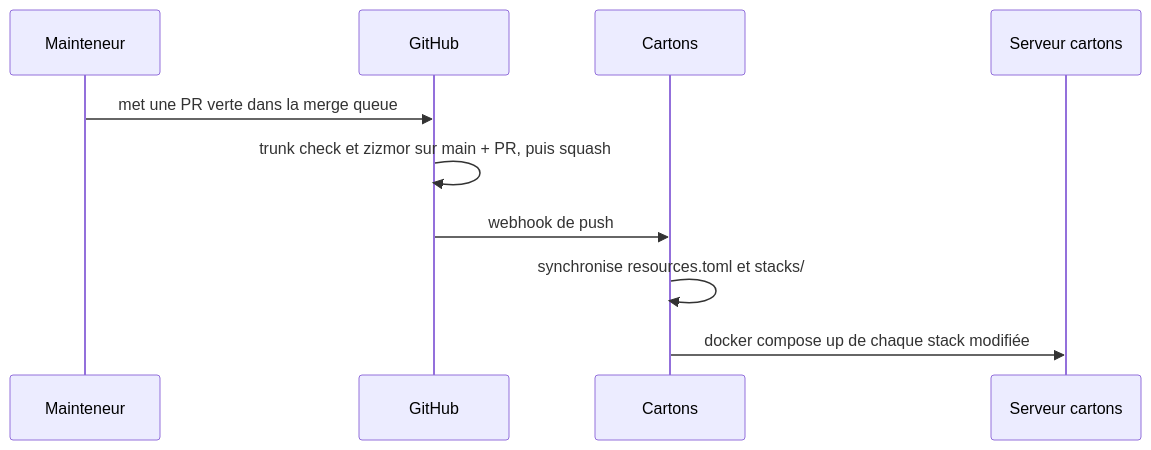
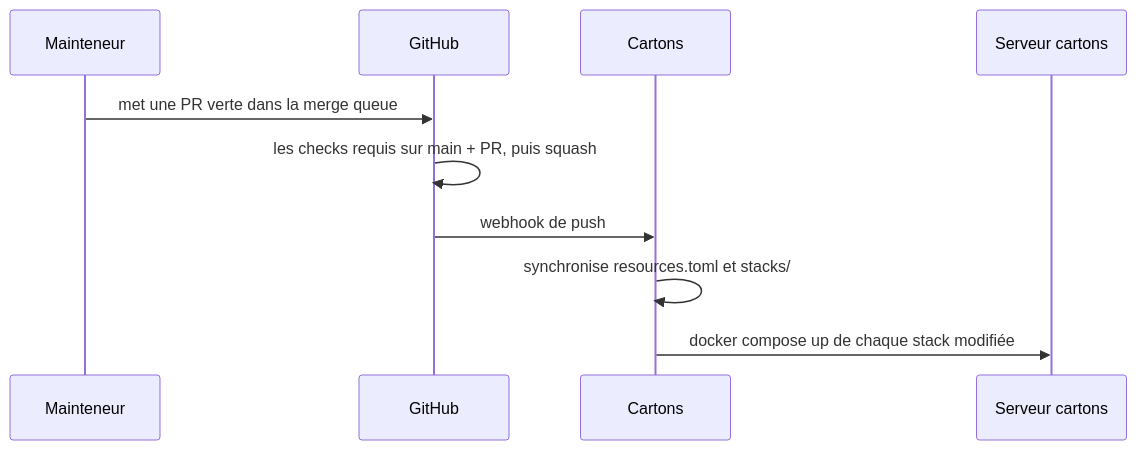
The first of 2 diagrams in docs/architecture/arc42/06-runtime-view.md (constructions-incongrues/superlarsen), drawn with Mermaid before and after one commit. The commit also changed other lines of this file and 21 other files, not shown here.

````diff
--- a/docs/architecture/arc42/06-runtime-view.md
+++ b/docs/architecture/arc42/06-runtime-view.md
@@ -7,12 +7,12 @@
 ```mermaid
 sequenceDiagram
     participant M as Mainteneur
     participant G as GitHub
     participant C as Cartons
     participant S as Serveur cartons
     M->>G: met une PR verte dans la merge queue
-    G->>G: trunk check et zizmor sur main + PR, puis squash
+    G->>G: les checks requis sur main + PR, puis squash
     G->>C: webhook de push
     C->>C: synchronise resources.toml et stacks/
     C->>S: docker compose up de chaque stack modifiée
 ```
````
